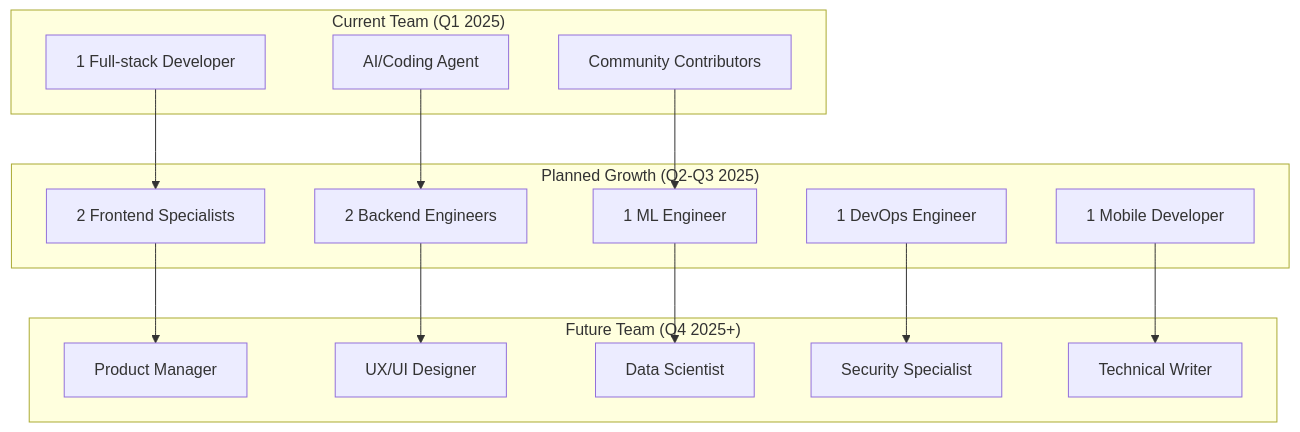
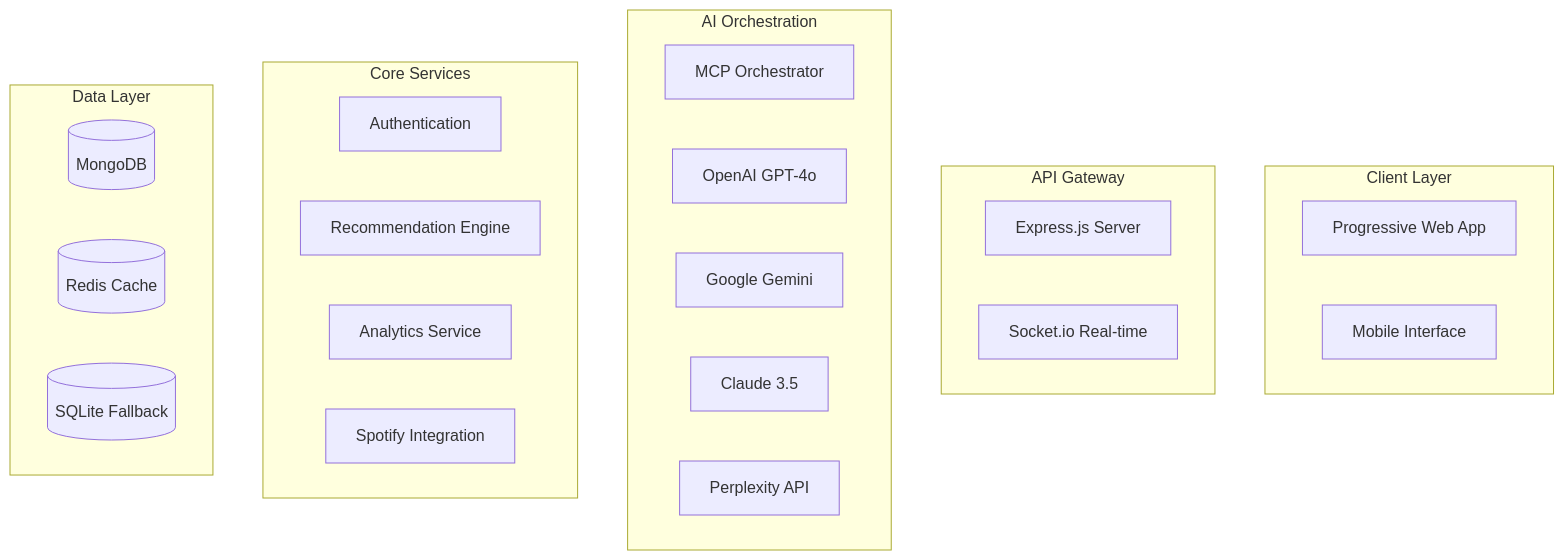
One commit to primoscope/Spotify-echo changed the first of 2 diagrams in docs/roadmap.md. Above: the diagram before and after it, drawn with Mermaid. The commit also changed other lines of this file and 8 other files, not shown here.

````diff
--- a/docs/roadmap.md
+++ b/docs/roadmap.md
@@ -419,34 +237,33 @@
 ```mermaid
 graph TB
-    subgraph "Current Team (Q1 2025)"
-        A[1 Full-stack Developer]
-        B[AI/Coding Agent]
-        C[Community Contributors]
+    subgraph "Client Layer"
+        PWA[Progressive Web App]
+        Mobile[Mobile Interface]
     end
     
-    subgraph "Planned Growth (Q2-Q3 2025)"
-        D[2 Frontend Specialists]
-        E[2 Backend Engineers] 
-        F[1 ML Engineer]
-        G[1 DevOps Engineer]
-        H[1 Mobile Developer]
+    subgraph "API Gateway"
+        Express[Express.js Server]
+        Socket[Socket.io Real-time]
     end
     
-    subgraph "Future Team (Q4 2025+)"
-        I[Product Manager]
-        J[UX/UI Designer]
-        K[Data Scientist]
-        L[Security Specialist]
-        M[Technical Writer]
+    subgraph "AI Orchestration"
+        MCP[MCP Orchestrator]
+        GPT[OpenAI GPT-4o]
+        Gemini[Google Gemini]
+        Claude[Claude 3.5]
+        Perplexity[Perplexity API]
     end
     
-    A --> D
-    B --> E
-    C --> F
+    subgraph "Core Services"
+        Auth[Authentication]
+        Recs[Recommendation Engine]
+        Analytics[Analytics Service]
+        Spotify[Spotify Integration]
+    end
     
-    D --> I
-    E --> J
-    F --> K
-    G --> L
-    H --> M
+    subgraph "Data Layer"
+        MongoDB[(MongoDB)]
+        Redis[(Redis Cache)]
+        SQLite[(SQLite Fallback)]
+    end
 ```
````
